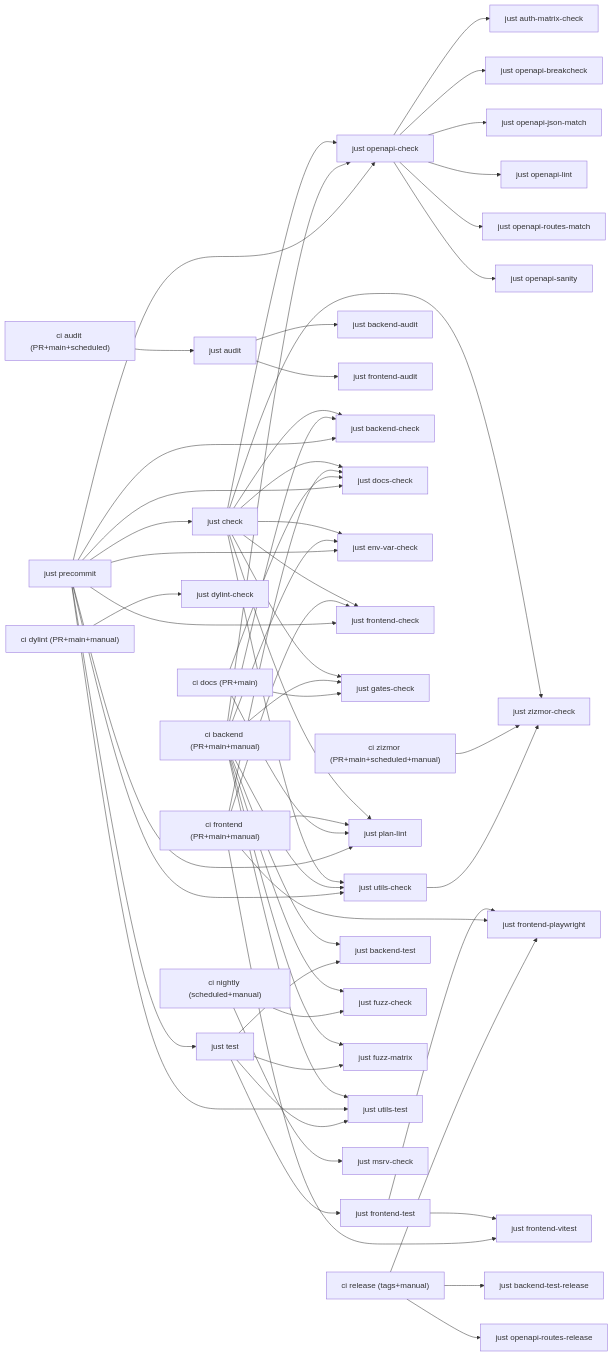
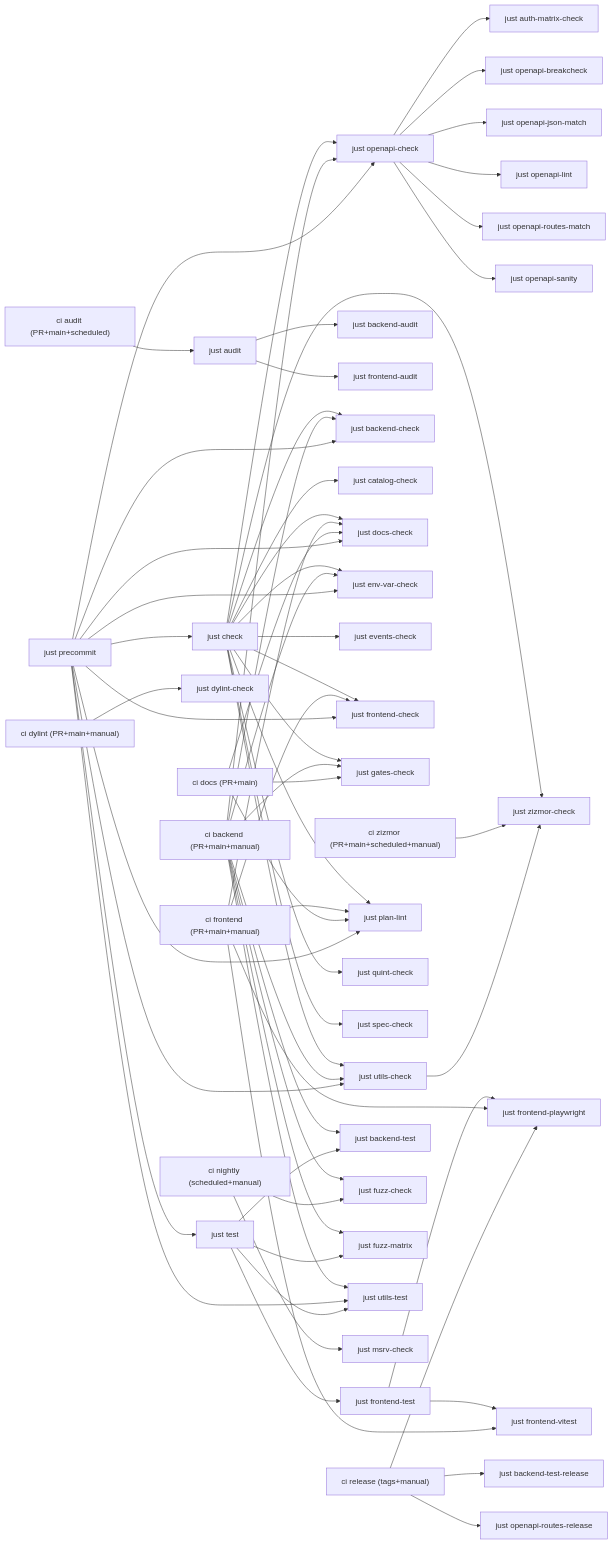
The diagram in docs/quality-gates.md (codesam88/picasu), drawn with Mermaid before and after one commit. The commit also changed other lines of this file and 23 other files, not shown here.

````diff
--- a/docs/quality-gates.md
+++ b/docs/quality-gates.md
@@ -7,71 +7,75 @@
 ```mermaid
 graph LR
   lane_ci_backend["ci backend (PR+main+manual)"]
   lane_ci_frontend["ci frontend (PR+main+manual)"]
   lane_ci_dylint["ci dylint (PR+main+manual)"]
   lane_ci_zizmor["ci zizmor (PR+main+scheduled+manual)"]
   lane_docs["ci docs (PR+main)"]
   lane_audit["ci audit (PR+main+scheduled)"]
   lane_nightly["ci nightly (scheduled+manual)"]
   lane_release["ci release (tags+manual)"]
   lane_precommit["just precommit"]
   audit --> backend_audit["just backend-audit"]
   audit --> frontend_audit["just frontend-audit"]
   check --> backend_check["just backend-check"]
+  check --> catalog_check["just catalog-check"]
   check --> docs_check["just docs-check"]
   check --> env_var_check["just env-var-check"]
+  check --> events_check["just events-check"]
   check --> frontend_check["just frontend-check"]
   check --> gates_check["just gates-check"]
   check --> openapi_check["just openapi-check"]
   check --> plan_lint["just plan-lint"]
+  check --> quint_check["just quint-check"]
+  check --> spec_check["just spec-check"]
   check --> utils_check["just utils-check"]
   check --> zizmor_check["just zizmor-check"]
   frontend_test --> frontend_playwright["just frontend-playwright"]
   frontend_test --> frontend_vitest["just frontend-vitest"]
   lane_audit --> audit["just audit"]
   lane_ci_backend --> backend_check["just backend-check"]
   lane_ci_backend --> backend_test["just backend-test"]
   lane_ci_backend --> env_var_check["just env-var-check"]
   lane_ci_backend --> fuzz_check["just fuzz-check"]
   lane_ci_backend --> fuzz_matrix["just fuzz-matrix"]
   lane_ci_backend --> gates_check["just gates-check"]
   lane_ci_backend --> openapi_check["just openapi-check"]
   lane_ci_backend --> utils_check["just utils-check"]
   lane_ci_backend --> utils_test["just utils-test"]
   lane_ci_dylint --> dylint_check["just dylint-check"]
   lane_ci_frontend --> docs_check["just docs-check"]
   lane_ci_frontend --> frontend_check["just frontend-check"]
   lane_ci_frontend --> frontend_playwright["just frontend-playwright"]
   lane_ci_frontend --> frontend_vitest["just frontend-vitest"]
   lane_ci_frontend --> plan_lint["just plan-lint"]
   lane_ci_zizmor --> zizmor_check["just zizmor-check"]
   lane_docs --> docs_check["just docs-check"]
   lane_docs --> gates_check["just gates-check"]
   lane_docs --> plan_lint["just plan-lint"]
   lane_nightly --> fuzz_check["just fuzz-check"]
   lane_nightly --> msrv_check["just msrv-check"]
   lane_precommit --> backend_check["just backend-check"]
   lane_precommit --> check["just check"]
   lane_precommit --> docs_check["just docs-check"]
   lane_precommit --> env_var_check["just env-var-check"]
   lane_precommit --> frontend_check["just frontend-check"]
   lane_precommit --> openapi_check["just openapi-check"]
   lane_precommit --> plan_lint["just plan-lint"]
   lane_precommit --> test["just test"]
   lane_precommit --> utils_check["just utils-check"]
   lane_precommit --> utils_test["just utils-test"]
   lane_release --> backend_test_release["just backend-test-release"]
   lane_release --> frontend_playwright["just frontend-playwright"]
   lane_release --> openapi_routes_release["just openapi-routes-release"]
   openapi_check --> auth_matrix_check["just auth-matrix-check"]
   openapi_check --> openapi_breakcheck["just openapi-breakcheck"]
   openapi_check --> openapi_json_match["just openapi-json-match"]
   openapi_check --> openapi_lint["just openapi-lint"]
   openapi_check --> openapi_routes_match["just openapi-routes-match"]
   openapi_check --> openapi_sanity["just openapi-sanity"]
   test --> backend_test["just backend-test"]
   test --> frontend_test["just frontend-test"]
   test --> fuzz_matrix["just fuzz-matrix"]
   test --> utils_test["just utils-test"]
   utils_check --> zizmor_check["just zizmor-check"]
 ```
````
